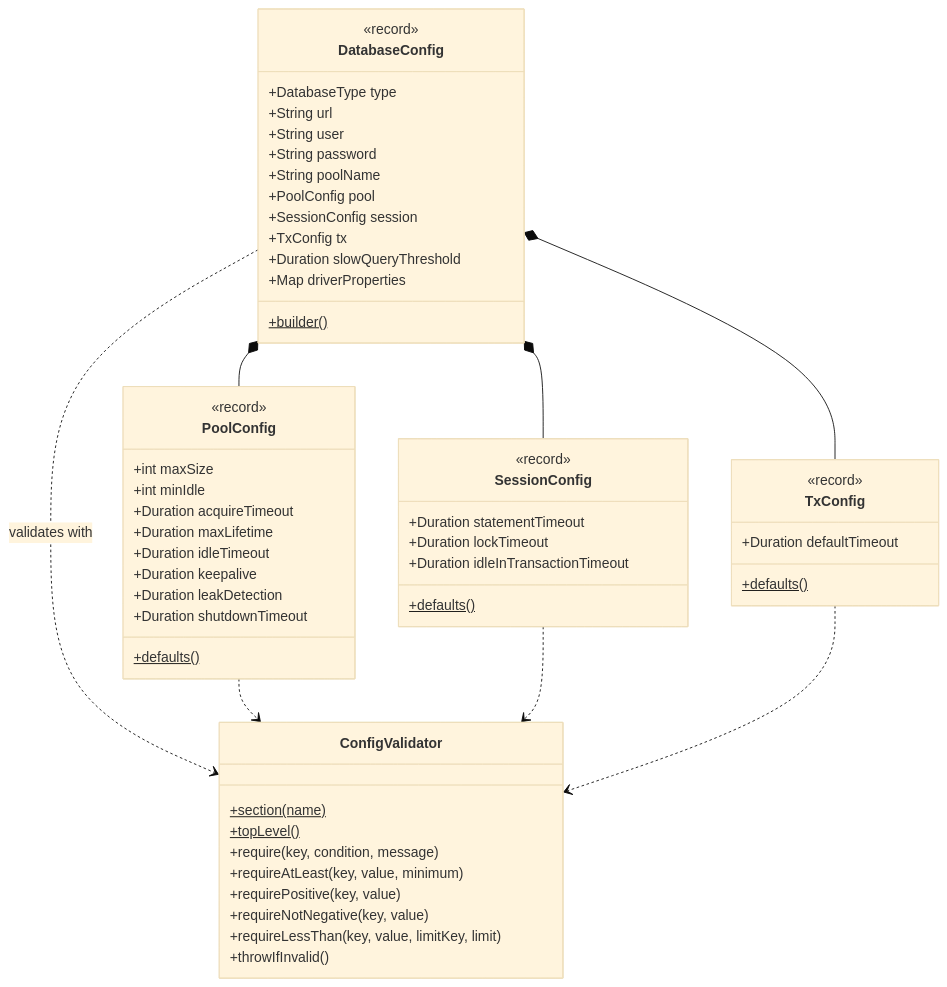
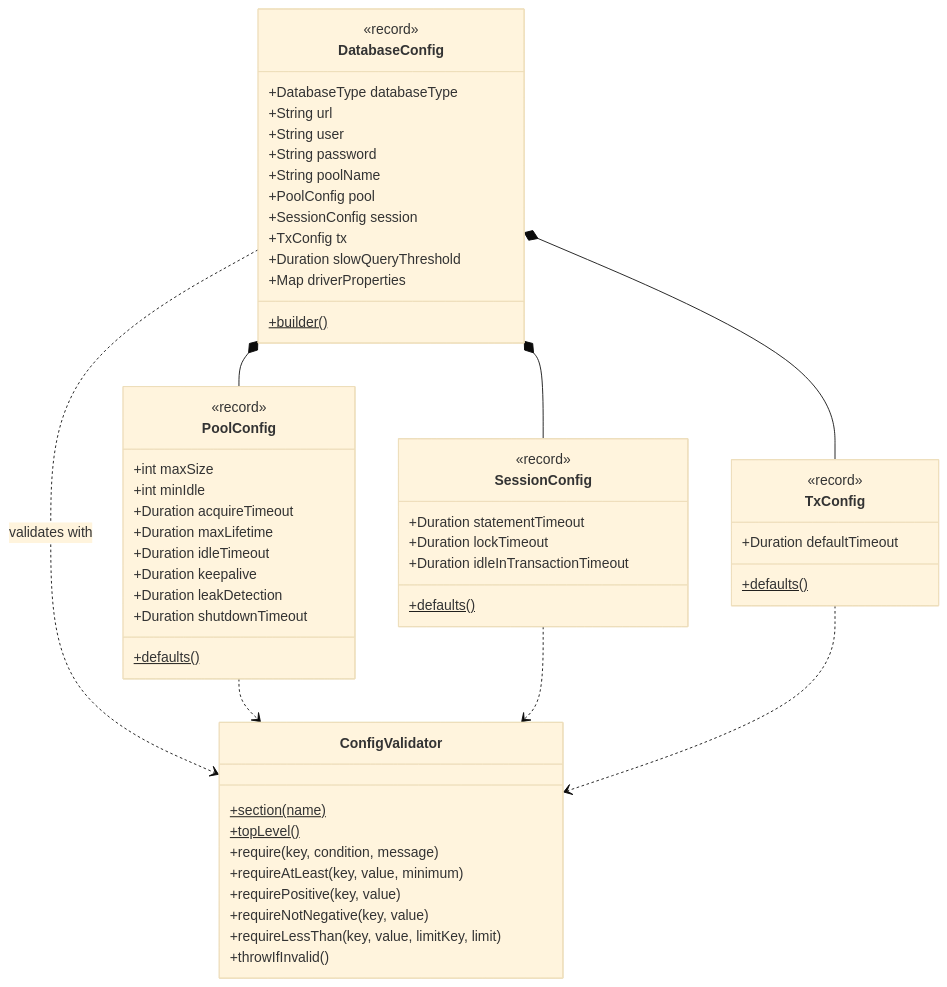
Before and after one commit to varnit-ta/plugkit-util: the second of 5 diagrams in plugkit-db/docs/adr/0002-connections-configuration-and-lifecycle.md, drawn with Mermaid (base theme). The commit also changed other lines of this file and 76 other files, not shown here.

````diff
--- a/plugkit-db/docs/adr/0002-connections-configuration-and-lifecycle.md
+++ b/plugkit-db/docs/adr/0002-connections-configuration-and-lifecycle.md
@@ -132,58 +132,58 @@
 ```mermaid
 classDiagram
     class DatabaseConfig {
         <<record>>
-        +DatabaseType type
+        +DatabaseType databaseType
         +String url
         +String user
         +String password
         +String poolName
         +PoolConfig pool
         +SessionConfig session
         +TxConfig tx
         +Duration slowQueryThreshold
         +Map driverProperties
         +builder()$
     }
     class PoolConfig {
         <<record>>
         +int maxSize
         +int minIdle
         +Duration acquireTimeout
         +Duration maxLifetime
         +Duration idleTimeout
         +Duration keepalive
         +Duration leakDetection
         +Duration shutdownTimeout
         +defaults()$
     }
     class SessionConfig {
         <<record>>
         +Duration statementTimeout
         +Duration lockTimeout
         +Duration idleInTransactionTimeout
         +defaults()$
     }
     class TxConfig {
         <<record>>
         +Duration defaultTimeout
         +defaults()$
     }
     class ConfigValidator {
         +section(name)$
         +topLevel()$
         +require(key, condition, message)
         +requireAtLeast(key, value, minimum)
         +requirePositive(key, value)
         +requireNotNegative(key, value)
         +requireLessThan(key, value, limitKey, limit)
         +throwIfInvalid()
     }
     DatabaseConfig *-- PoolConfig
     DatabaseConfig *-- SessionConfig
     DatabaseConfig *-- TxConfig
     DatabaseConfig ..> ConfigValidator : validates with
     PoolConfig ..> ConfigValidator
     SessionConfig ..> ConfigValidator
     TxConfig ..> ConfigValidator
 ```
````
